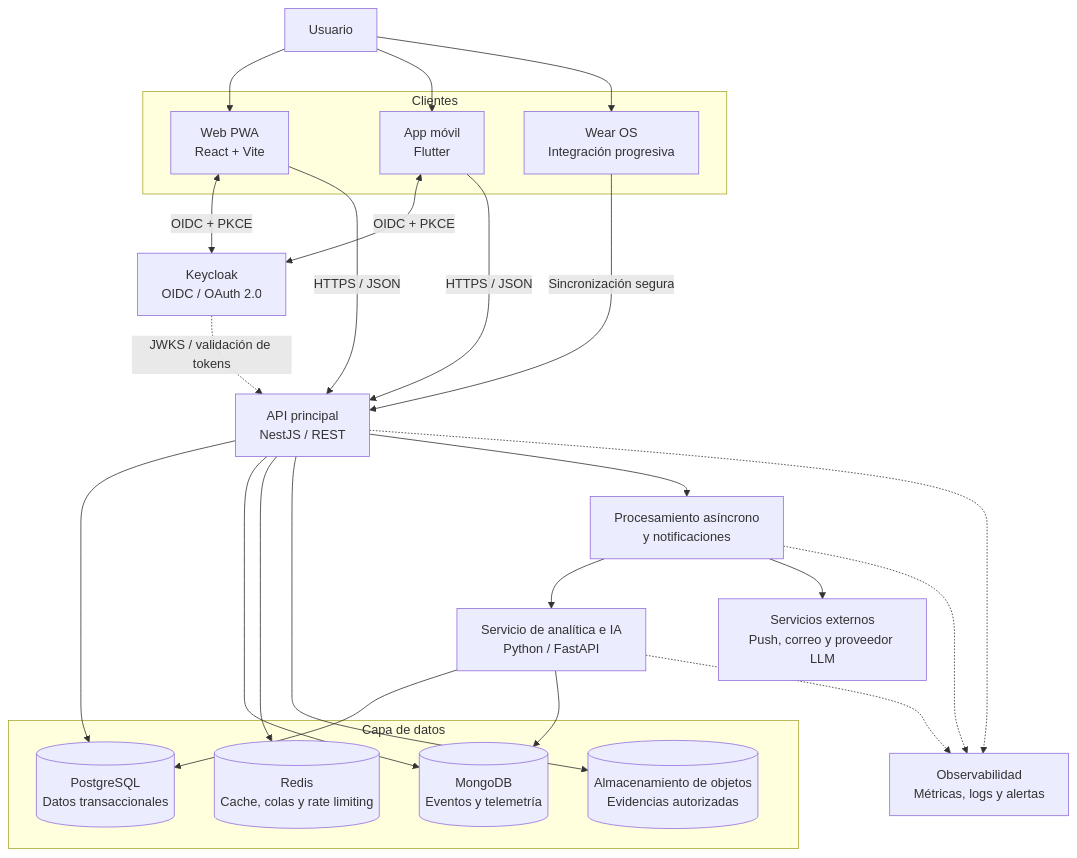
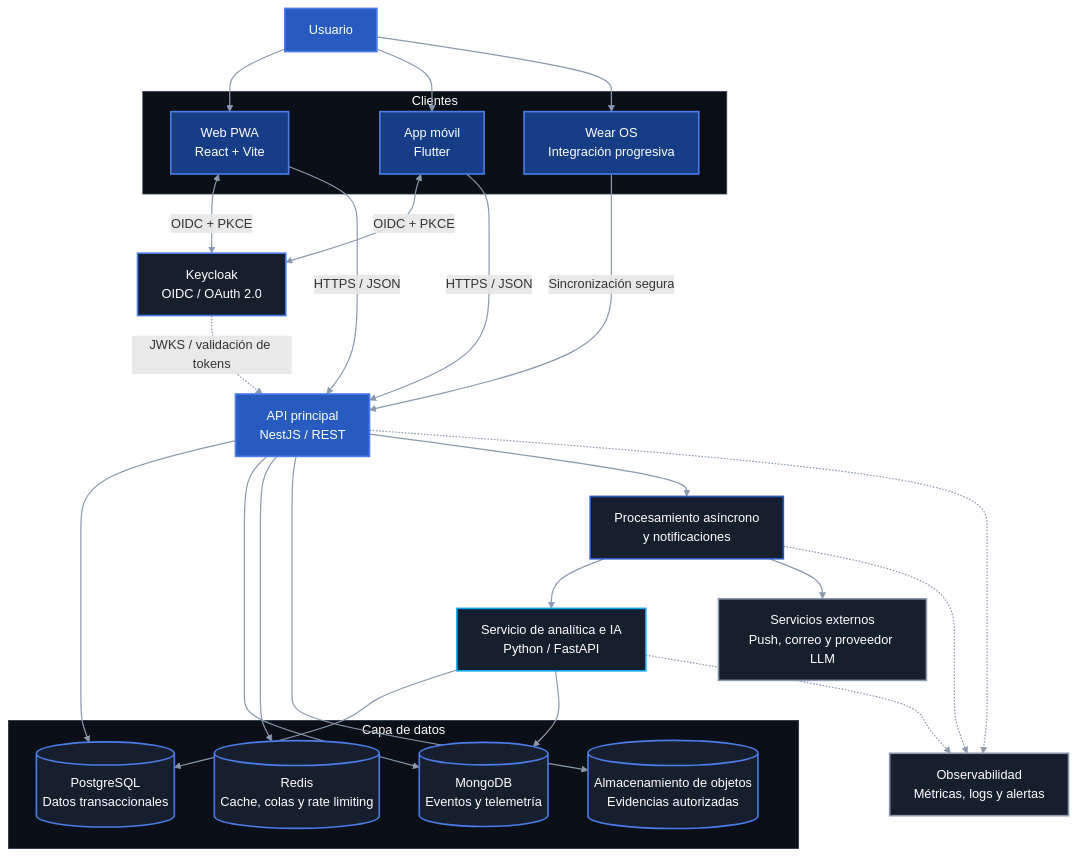
Before and after one commit to JesuuusArt/Quantify-Core: the diagram in README.md, drawn with Mermaid. The commit also changed other lines of this file and 3 other files, not shown here.

Commit message:
docs: actualizar diagramas y organigrama del readme

````diff
--- a/README.md
+++ b/README.md
@@ -154,47 +154,68 @@
 ```mermaid
 flowchart TB
     U[Usuario]
 
     subgraph Clients[Clientes]
         WEB[Web PWA\nReact + Vite]
         MOB[App móvil\nFlutter]
         WEAR[Wear OS\nIntegración progresiva]
     end
 
     IDP[Keycloak\nOIDC / OAuth 2.0]
     API[API principal\nNestJS / REST]
     WORKER[Procesamiento asíncrono\ny notificaciones]
     ML[Servicio de analítica e IA\nPython / FastAPI]
 
     subgraph Data[Capa de datos]
         PG[(PostgreSQL\nDatos transaccionales)]
         MONGO[(MongoDB\nEventos y telemetría)]
         REDIS[(Redis\nCache, colas y rate limiting)]
         OBJ[(Almacenamiento de objetos\nEvidencias autorizadas)]
     end
 
     OBS[Observabilidad\nMétricas, logs y alertas]
     EXT[Servicios externos\nPush, correo y proveedor LLM]
 
     U --> WEB
     U --> MOB
     U --> WEAR
     WEB <-->|OIDC + PKCE| IDP
     MOB <-->|OIDC + PKCE| IDP
     WEB -->|HTTPS / JSON| API
     MOB -->|HTTPS / JSON| API
     WEAR -->|Sincronización segura| API
     IDP -.->|JWKS / validación de tokens| API
     API --> PG
     API --> MONGO
     API --> REDIS
     API --> OBJ
     API --> WORKER
     WORKER --> ML
     WORKER --> EXT
     ML --> PG
     ML --> MONGO
     API -.-> OBS
     WORKER -.-> OBS
     ML -.-> OBS
+
+    classDef usuario fill:#275BC0,stroke:#4A7DE8,color:#FFFFFF,stroke-width:2px
+    classDef cliente fill:#183D87,stroke:#4A7DE8,color:#FFFFFF,stroke-width:2px
+    classDef identidad fill:#161F2E,stroke:#4A7DE8,color:#FFFFFF,stroke-width:2px
+    classDef principal fill:#275BC0,stroke:#4A7DE8,color:#FFFFFF,stroke-width:2px
+    classDef servicio fill:#161F2E,stroke:#275BC0,color:#FFFFFF,stroke-width:2px
+    classDef analitica fill:#161F2E,stroke:#0EA5E9,color:#FFFFFF,stroke-width:2px
+    classDef dato fill:#161F2E,stroke:#4A7DE8,color:#FFFFFF,stroke-width:2px
+    classDef apoyo fill:#161F2E,stroke:#8A99AD,color:#FFFFFF,stroke-width:2px
+
+    class U usuario
+    class WEB,MOB,WEAR cliente
+    class IDP identidad
+    class API principal
+    class WORKER servicio
+    class ML analitica
+    class PG,MONGO,REDIS,OBJ dato
+    class OBS,EXT apoyo
+    style Clients fill:#0B0F17,stroke:#283548,color:#FFFFFF
+    style Data fill:#0B0F17,stroke:#283548,color:#FFFFFF
+    linkStyle default stroke:#8A99AD,stroke-width:1.5px
 ```
````
